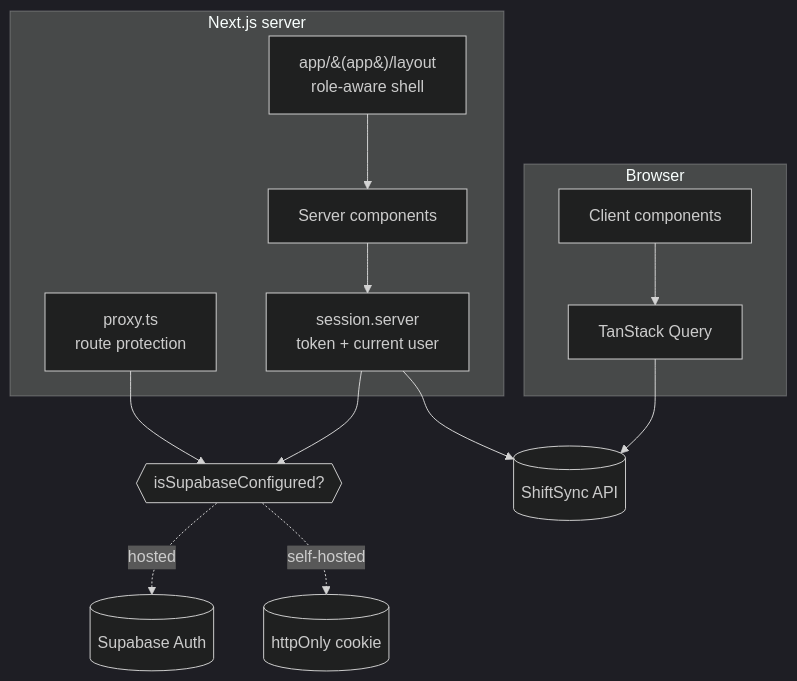
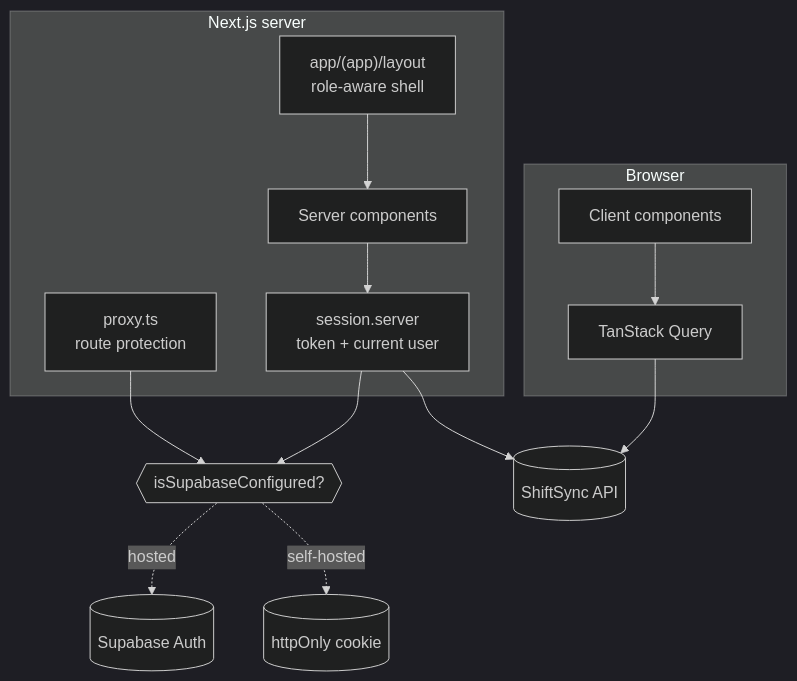
One commit to ali-raza-002/rota-planner-ui changed the diagram in README.md. Above: the diagram before and after it, drawn with Mermaid (dark theme).

Commit message:
Fix architecture diagram label breaking README render
The app/(app)/layout node label contained parentheses outside quotes,
which Mermaid parses as a shape. Quote the label.

````diff
--- a/README.md
+++ b/README.md
@@ -68,24 +68,24 @@
 ```mermaid
 flowchart TB
     subgraph browser["Browser"]
         UI[Client components]
         RQ[TanStack Query]
     end
     subgraph server["Next.js server"]
-        SHELL[app/&#40;app&#41;/layout<br/>role-aware shell]
+        SHELL["app/(app)/layout<br/>role-aware shell"]
         PAGES[Server components]
         SESS[session.server<br/>token + current user]
         PROXY[proxy.ts<br/>route protection]
     end
     AUTH{{isSupabaseConfigured?}}
     SB[(Supabase Auth)]
     COOKIE[(httpOnly cookie)]
     API[(ShiftSync API)]
 
     PROXY --> AUTH
     SESS --> AUTH
     AUTH -.hosted.-> SB
     AUTH -.self-hosted.-> COOKIE
     SHELL --> PAGES --> SESS --> API
     UI --> RQ --> API
 ```
````
